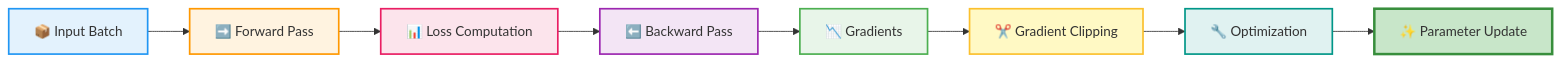
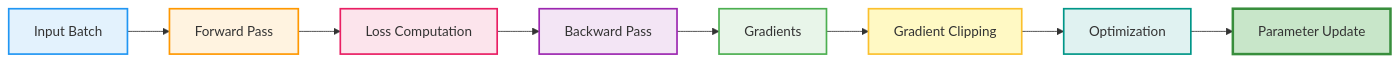
Before and after one commit to Pizzaman213/Ava_AI: the second of 23 diagrams in code/docs/FLOWCHARTS_VISUAL.md, drawn with Mermaid. The commit also changed other lines of this file and 215 other files, not shown here.

````diff
--- a/code/docs/FLOWCHARTS_VISUAL.md
+++ b/code/docs/FLOWCHARTS_VISUAL.md
@@ -53,19 +53,19 @@
 ```mermaid
 graph LR
-    A[📦 Input Batch] --> B[➡️ Forward Pass]
-    B --> C[📊 Loss Computation]
-    C --> D[⬅️ Backward Pass]
-    D --> E[📉 Gradients]
-    E --> F[✂️ Gradient Clipping]
-    F --> G[🔧 Optimization]
-    G --> H[✨ Parameter Update]
+    A[ Input Batch] --> B[ Forward Pass]
+    B --> C[ Loss Computation]
+    C --> D[ Backward Pass]
+    D --> E[ Gradients]
+    E --> F[ Gradient Clipping]
+    F --> G[ Optimization]
+    G --> H[ Parameter Update]
 
     style A fill:#E3F2FD,stroke:#2196F3,stroke-width:2px
     style B fill:#FFF3E0,stroke:#FF9800,stroke-width:2px
     style C fill:#FCE4EC,stroke:#E91E63,stroke-width:2px
     style D fill:#F3E5F5,stroke:#9C27B0,stroke-width:2px
     style E fill:#E8F5E9,stroke:#4CAF50,stroke-width:2px
     style F fill:#FFF9C4,stroke:#FBC02D,stroke-width:2px
     style G fill:#E0F2F1,stroke:#009688,stroke-width:2px
     style H fill:#C8E6C9,stroke:#388E3C,stroke-width:3px
 ```
````
